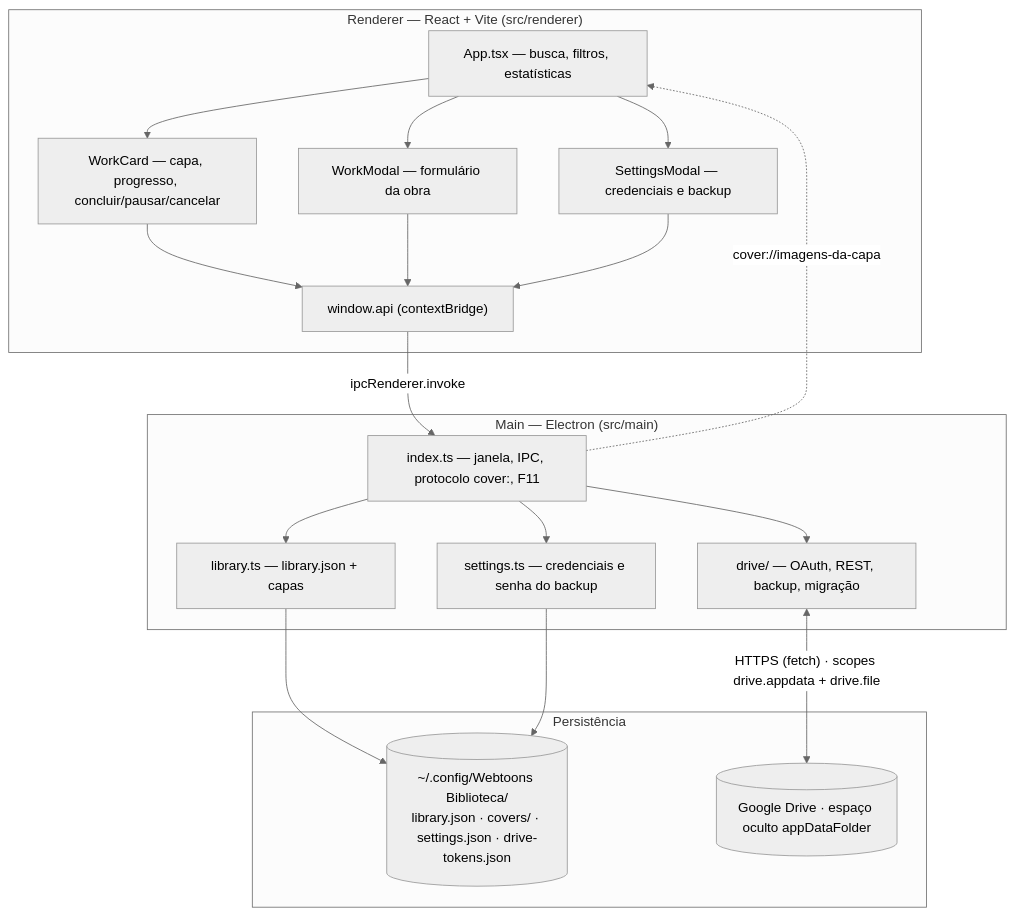
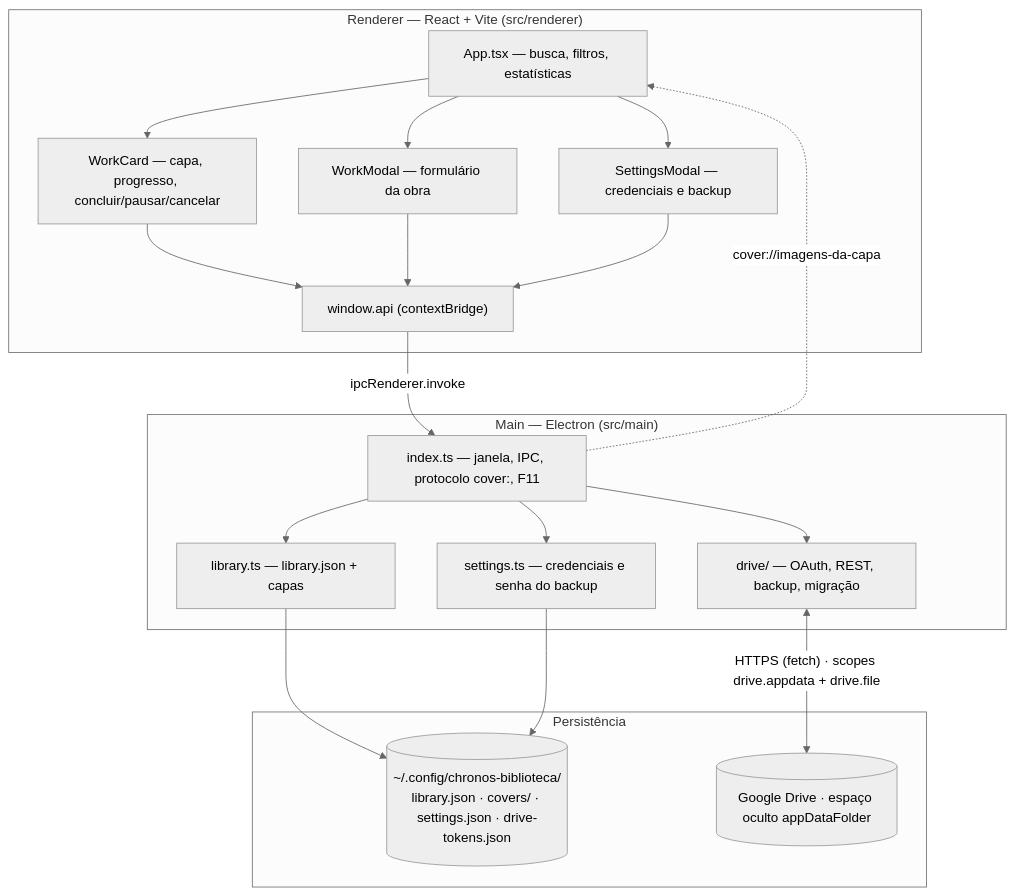
The first of 5 diagrams in README.md (chronos-atalante/chronos-biblioteca), drawn with Mermaid (neutral theme) before and after one commit. The commit also changed other lines of this file and 19 other files, not shown here.

````diff
--- a/README.md
+++ b/README.md
@@ -157,35 +157,35 @@
 ```mermaid
 flowchart TD
     subgraph RENDERER["Renderer — React + Vite (src/renderer)"]
         UI1["App.tsx — busca, filtros, estatísticas"]
         UI2["WorkCard — capa, progresso, concluir/pausar/cancelar"]
         UI3["WorkModal — formulário da obra"]
         UI4["SettingsModal — credenciais e backup"]
         BRIDGE["window.api (contextBridge)"]
         UI1 --> UI2
         UI1 --> UI3
         UI1 --> UI4
         UI2 --> BRIDGE
         UI3 --> BRIDGE
         UI4 --> BRIDGE
     end
 
     subgraph MAIN["Main — Electron (src/main)"]
         IDX["index.ts — janela, IPC, protocolo cover:, F11"]
         LIB["library.ts — library.json + capas"]
         SET["settings.ts — credenciais e senha do backup"]
         DRV["drive/ — OAuth, REST, backup, migração"]
     end
 
     subgraph STORAGE["Persistência"]
-        LOKAL[("~/.config/Webtoons Biblioteca/<br/>library.json · covers/ · settings.json · drive-tokens.json")]
+        LOKAL[("~/.config/chronos-biblioteca/<br/>library.json · covers/ · settings.json · drive-tokens.json")]
         DRIVE[("Google Drive · espaço oculto appDataFolder")]
     end
 
     BRIDGE -->|"ipcRenderer.invoke"| IDX
     IDX --> LIB --> LOKAL
     IDX --> SET --> LOKAL
     IDX --> DRV
     DRV <-->|"HTTPS (fetch) · scopes drive.appdata + drive.file"| DRIVE
     IDX -.->|"cover://imagens-da-capa"| UI1
 ```
````
